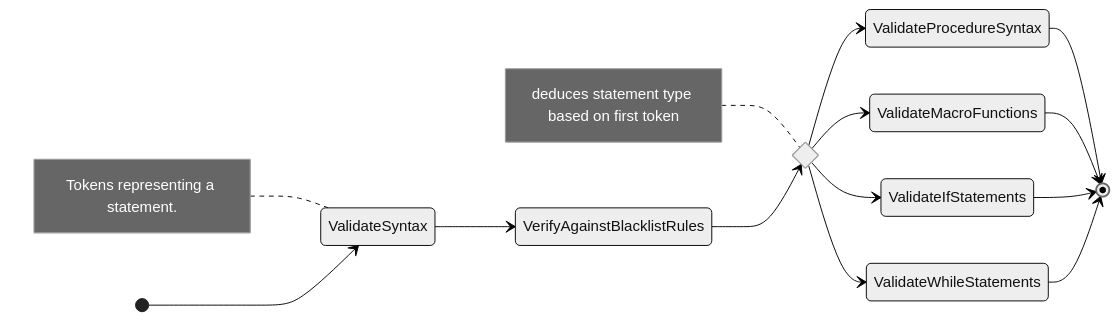
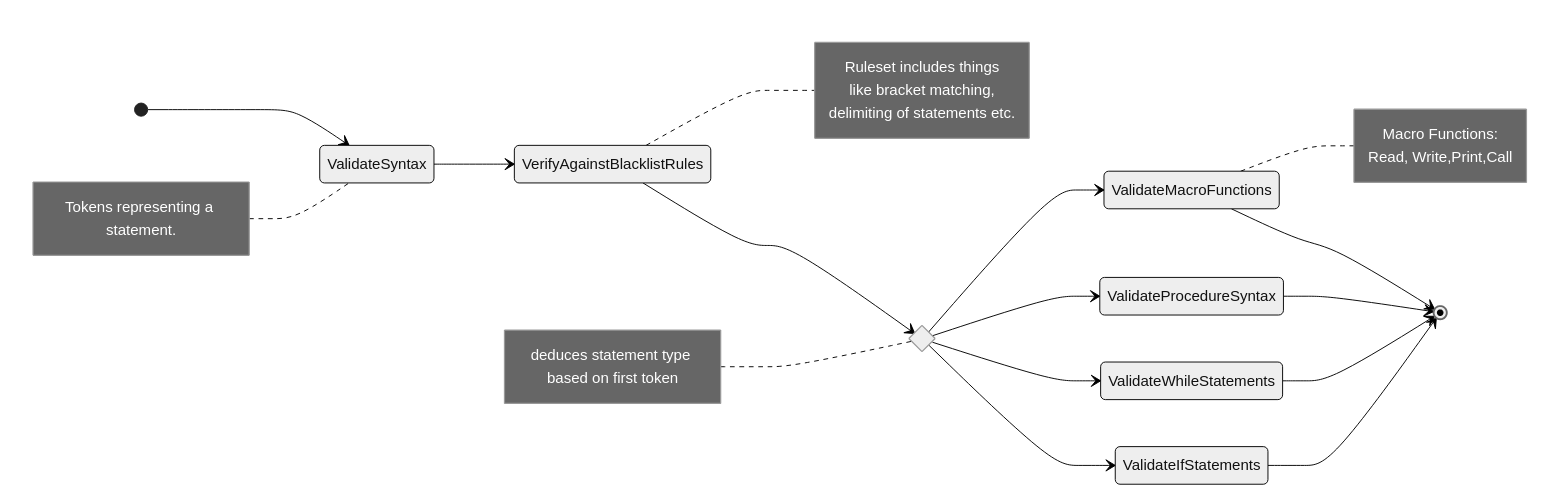
One commit to rtshkmr/CS3203-StaticProgramAnalyzer changed the diagram in docs/ad/SyntaxValidationOverview_activity_diagram.mmd. Above: the diagram before and after it, drawn with Mermaid (neutral theme). The commit also changed 4 other files, not shown here.

Commit message:
Add syntax validation related activity diagrams

```diff
--- a/docs/ad/SyntaxValidationOverview_activity_diagram.mmd
+++ b/docs/ad/SyntaxValidationOverview_activity_diagram.mmd
@@ -1,25 +1,35 @@
 stateDiagram-v2
     direction LR
     ValidateSyntax: 
     note left of ValidateSyntax
        Tokens representing a statement.
     end note
 
     state handler <<choice>>
     note left of handler
     deduces statement type based on first token
     end note
     VerifyAgainstBlacklistRules
     
     [*] --> ValidateSyntax
     ValidateSyntax --> VerifyAgainstBlacklistRules
+    note right of VerifyAgainstBlacklistRules
+    Ruleset includes things 
+    like bracket matching, 
+    delimiting of statements etc.
+    end note
     VerifyAgainstBlacklistRules --> handler
     %% cases based on statement type:
     handler --> ValidateProcedureSyntax 
     handler --> ValidateMacroFunctions
+    note right of ValidateMacroFunctions
+    Macro Functions:
+    Read, Write,Print,Call
+
+    end note
     handler --> ValidateIfStatements
     handler --> ValidateWhileStatements
+    ValidateIfStatements --> [*]
+    ValidateWhileStatements --> [*]
     ValidateProcedureSyntax --> [*]
     ValidateMacroFunctions --> [*]
-    ValidateIfStatements --> [*]
-    ValidateWhileStatements --> [*]
```
